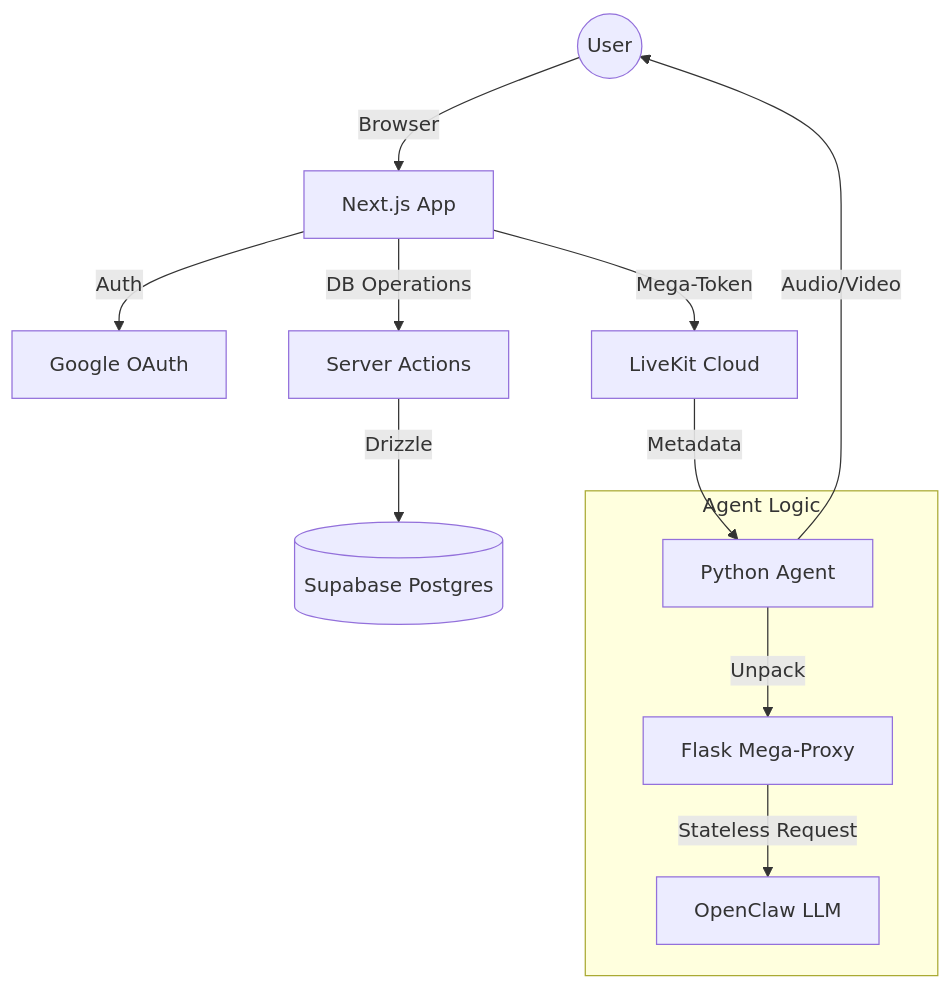
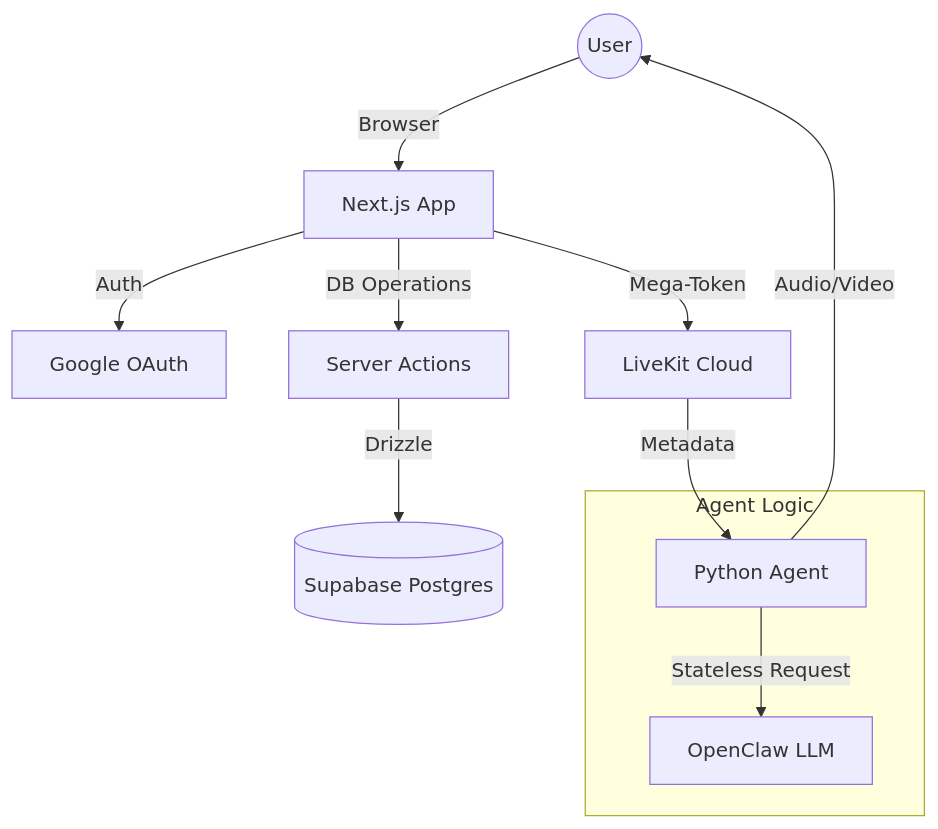
One commit to Bharath8080/clawdface_v2 changed the diagram in README.md. Above: the diagram before and after it, drawn with Mermaid. The commit also changed 23 other files, not shown here.

````diff
--- a/README.md
+++ b/README.md
@@ -38,17 +38,16 @@
 ```mermaid
 graph TD
     User((User)) -->|Browser| Frontend[Next.js App]
     Frontend -->|Auth| Google[Google OAuth]
     Frontend -->|DB Operations| SA[Server Actions]
     SA -->|Drizzle| DB[(Supabase Postgres)]
     
     Frontend -->|Mega-Token| LK[LiveKit Cloud]
     LK -->|Metadata| Agent[Python Agent]
     
     subgraph "Agent Logic"
-        Agent -->|Unpack| Proxy[Flask Mega-Proxy]
-        Proxy -->|Stateless Request| OC[OpenClaw LLM]
+        Agent -->|Stateless Request| OC[OpenClaw LLM]
     end
     
     Agent -->|Audio/Video| User
 ```
````
